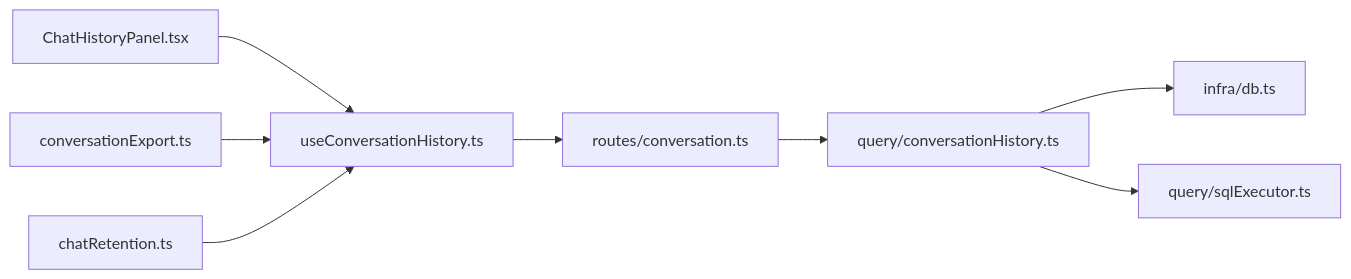
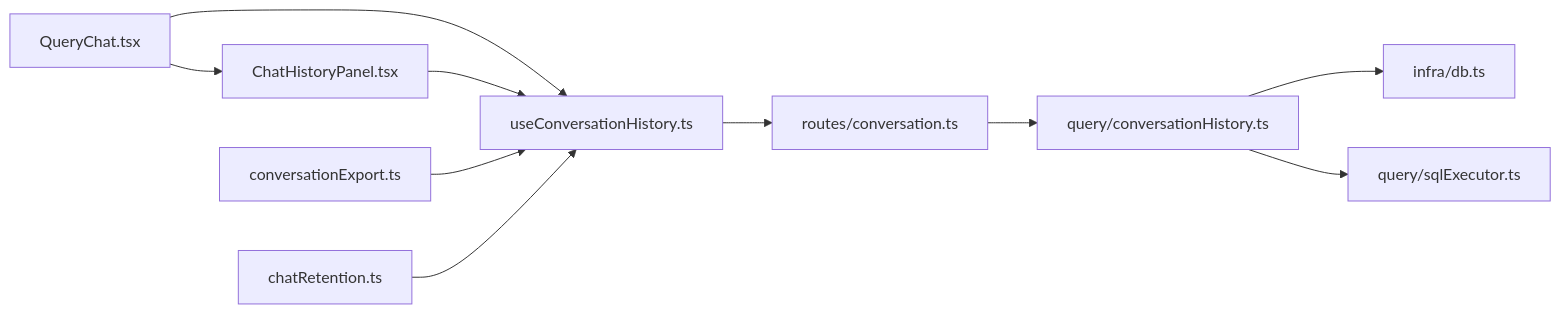
The eighth of 8 diagrams in .qoder/repowiki/zh/content/后端服务/核心业务模块/查询处理引擎/对话历史管理.md (dgjin/smart-data-analytics), drawn with Mermaid before and after one commit. The commit also changed other lines of this file and 146 other files, not shown here.

````diff
--- a/.qoder/repowiki/zh/content/后端服务/核心业务模块/查询处理引擎/对话历史管理.md
+++ b/.qoder/repowiki/zh/content/后端服务/核心业务模块/查询处理引擎/对话历史管理.md
@@ -327,10 +352,12 @@
 ```mermaid
 graph LR
-UCH["useConversationHistory.ts"] --> RT["routes/conversation.ts"]
-CHP["ChatHistoryPanel.tsx"] --> UCH
+QC["QueryChat.tsx"] --> UCH["useConversationHistory.ts"]
+QC --> CHP["ChatHistoryPanel.tsx"]
+UCH --> RT["routes/conversation.ts"]
+CHP --> UCH
 EXP["conversationExport.ts"] --> UCH
 RET["chatRetention.ts"] --> UCH
 RT --> QH["query/conversationHistory.ts"]
 QH --> DBI["infra/db.ts"]
 QH --> SE["query/sqlExecutor.ts"]
 ```
````
